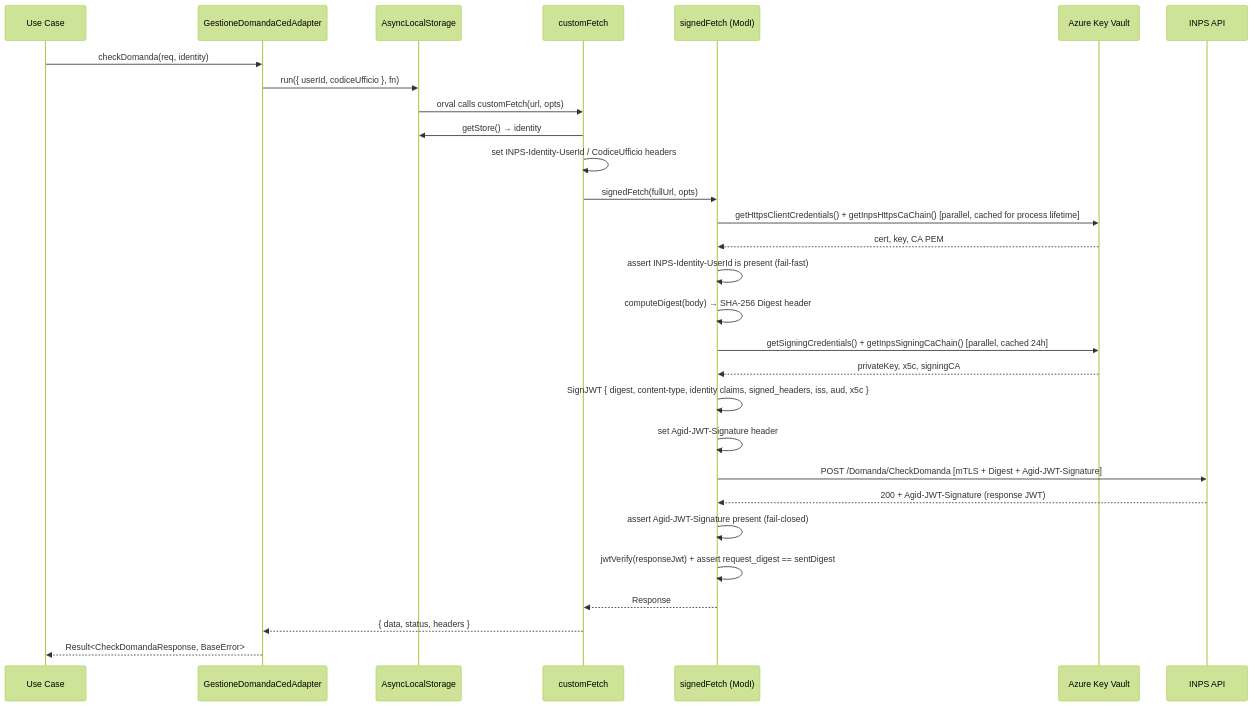
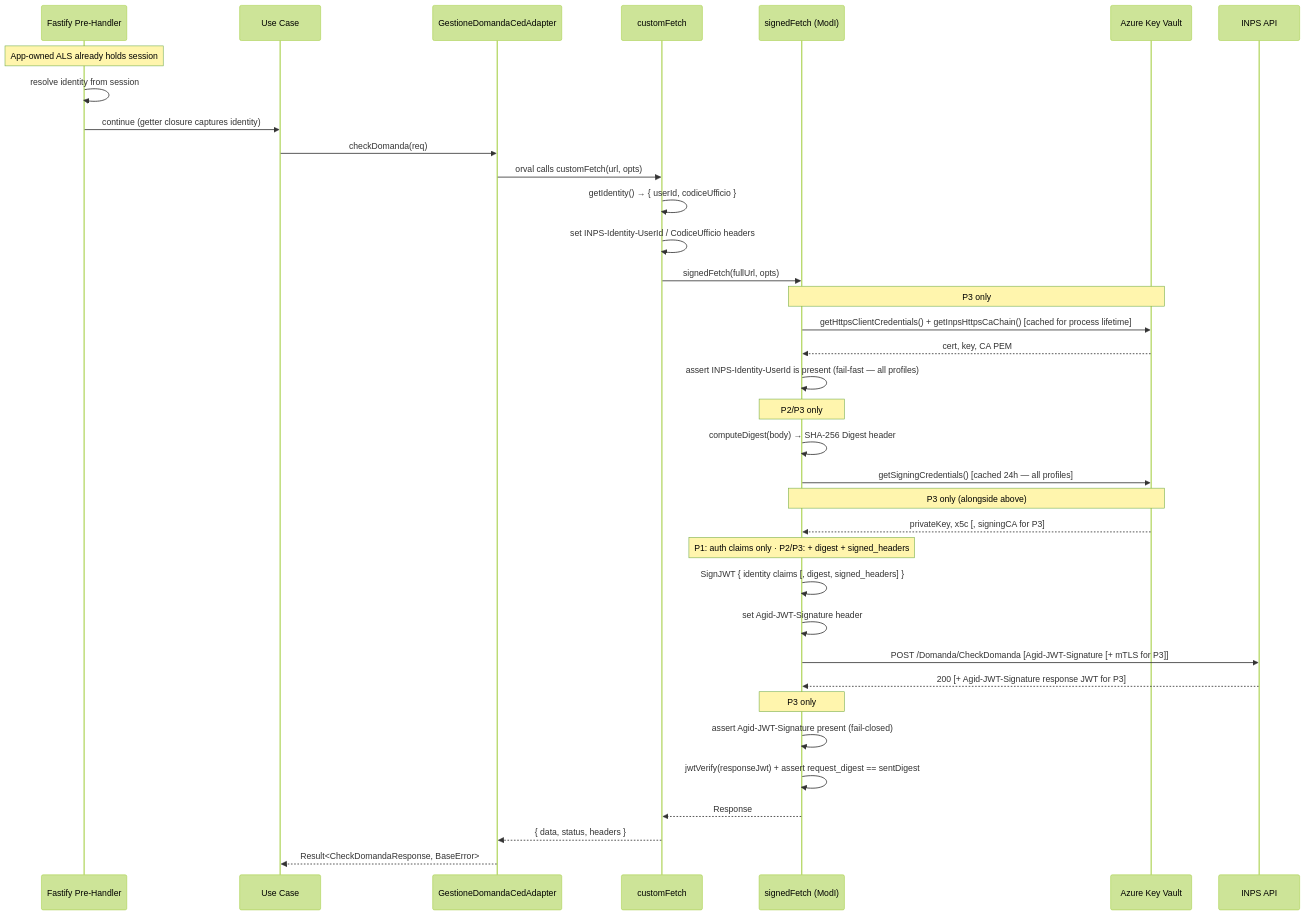
One commit to pagopa/io-growth changed the third of 4 diagrams in docs/modi-inps/design-review.md. Above: the diagram before and after it, drawn with Mermaid (forest theme). The commit also changed other lines of this file and 12 other files, not shown here.

````diff
--- a/docs/modi-inps/design-review.md
+++ b/docs/modi-inps/design-review.md
@@ -102,38 +109,46 @@
 ```mermaid
 sequenceDiagram
+    participant PH as Fastify Pre-Handler
     participant UC as Use Case
     participant Repo as GestioneDomandaCedAdapter
-    participant Store as AsyncLocalStorage
     participant CF as customFetch
     participant SF as signedFetch (ModI)
     participant KV as Azure Key Vault
     participant INPS as INPS API
 
-    UC->>Repo: checkDomanda(req, identity)
-    Repo->>Store: run({ userId, codiceUfficio }, fn)
-    Store->>CF: orval calls customFetch(url, opts)
-    CF->>Store: getStore() → identity
+    Note over PH: App-owned ALS already holds session
+    PH->>PH: resolve identity from session
+    PH->>UC: continue (getter closure captures identity)
+    UC->>Repo: checkDomanda(req)
+    Repo->>CF: orval calls customFetch(url, opts)
+    CF->>CF: getIdentity() → { userId, codiceUfficio }
     CF->>CF: set INPS-Identity-UserId / CodiceUfficio headers
     CF->>SF: signedFetch(fullUrl, opts)
 
-    SF->>KV: getHttpsClientCredentials() + getInpsHttpsCaChain() [parallel, cached for process lifetime]
+    Note over SF,KV: P3 only
+    SF->>KV: getHttpsClientCredentials() + getInpsHttpsCaChain() [cached for process lifetime]
     KV-->>SF: cert, key, CA PEM
 
-    SF->>SF: assert INPS-Identity-UserId is present (fail-fast)
+    SF->>SF: assert INPS-Identity-UserId is present (fail-fast — all profiles)
+
+    Note over SF: P2/P3 only
     SF->>SF: computeDigest(body) → SHA-256 Digest header
 
-    SF->>KV: getSigningCredentials() + getInpsSigningCaChain() [parallel, cached 24h]
-    KV-->>SF: privateKey, x5c, signingCA
+    SF->>KV: getSigningCredentials() [cached 24h — all profiles]
+    Note over SF,KV: P3 only (alongside above)
+    KV-->>SF: privateKey, x5c [, signingCA for P3]
 
-    SF->>SF: SignJWT { digest, content-type, identity claims, signed_headers, iss, aud, x5c }
+    Note over SF: P1: auth claims only · P2/P3: + digest + signed_headers
+    SF->>SF: SignJWT { identity claims [, digest, signed_headers] }
     SF->>SF: set Agid-JWT-Signature header
 
-    SF->>INPS: POST /Domanda/CheckDomanda [mTLS + Digest + Agid-JWT-Signature]
-    INPS-->>SF: 200 + Agid-JWT-Signature (response JWT)
+    SF->>INPS: POST /Domanda/CheckDomanda [Agid-JWT-Signature [+ mTLS for P3]]
+    INPS-->>SF: 200 [+ Agid-JWT-Signature response JWT for P3]
 
+    Note over SF: P3 only
     SF->>SF: assert Agid-JWT-Signature present (fail-closed)
     SF->>SF: jwtVerify(responseJwt) + assert request_digest == sentDigest
     SF-->>CF: Response
     CF-->>Repo: { data, status, headers }
     Repo-->>UC: Result<CheckDomandaResponse, BaseError>
 ```
````
